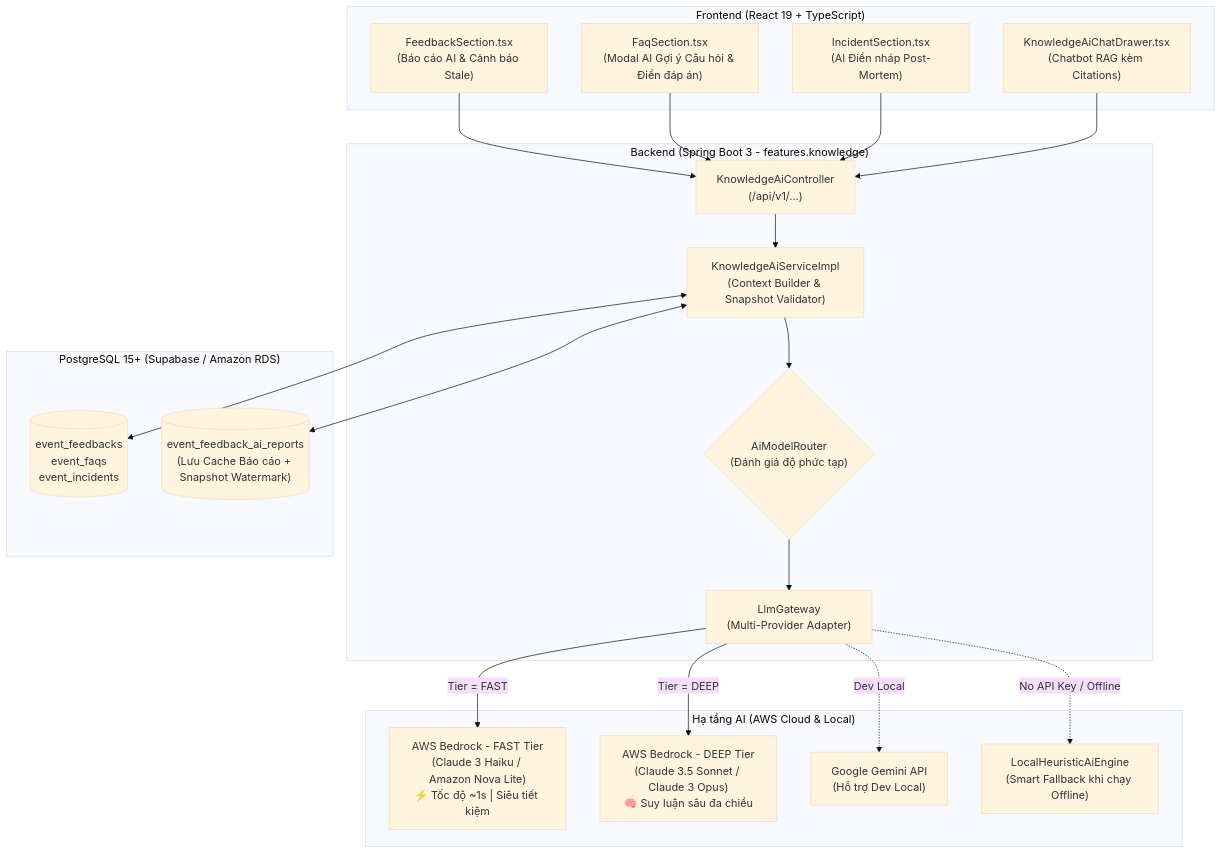
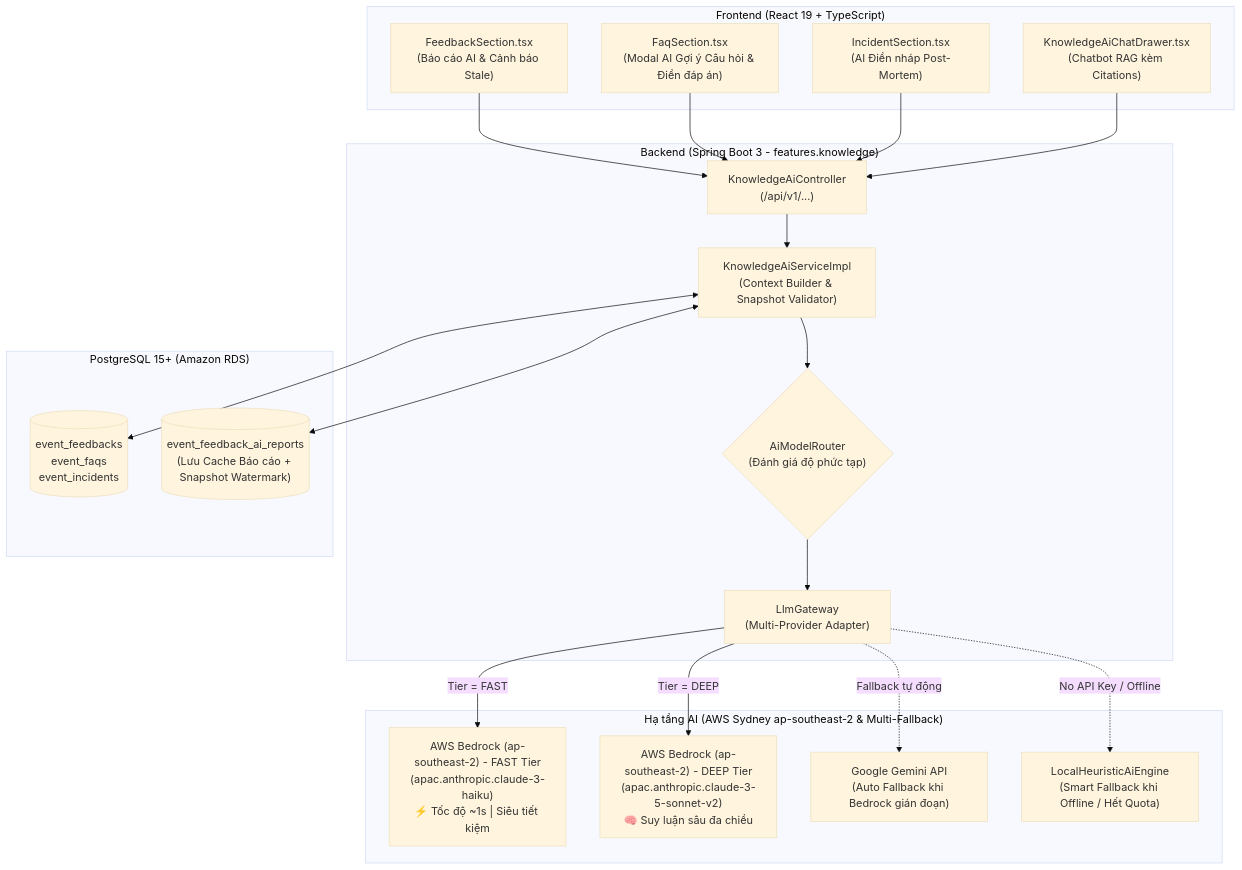
Before and after one commit to kazetani-SE/Project-F: the diagram in docs/AI_AGENT_ARCHITECTURE.md, drawn with Mermaid (base theme). The commit also changed other lines of this file and 6 other files, not shown here.

Commit message:
chore(aws): update Bedrock Sydney config and AWS architecture docs

````diff
--- a/docs/AI_AGENT_ARCHITECTURE.md
+++ b/docs/AI_AGENT_ARCHITECTURE.md
@@ -30,39 +30,39 @@
 ```mermaid
 flowchart TB
     subgraph Client["Frontend (React 19 + TypeScript)"]
         FB_UI["FeedbackSection.tsx\n(Báo cáo AI & Cảnh báo Stale)"]
         FAQ_UI["FaqSection.tsx\n(Modal AI Gợi ý Câu hỏi & Điền đáp án)"]
         INC_UI["IncidentSection.tsx\n(AI Điền nháp Post-Mortem)"]
         CHAT_UI["KnowledgeAiChatDrawer.tsx\n(Chatbot RAG kèm Citations)"]
     end
 
     subgraph Backend["Backend (Spring Boot 3 - features.knowledge)"]
         CTRL["KnowledgeAiController\n(/api/v1/...)"]
         SVC["KnowledgeAiServiceImpl\n(Context Builder & Snapshot Validator)"]
         ROUTER{"AiModelRouter\n(Đánh giá độ phức tạp)"}
         GW["LlmGateway\n(Multi-Provider Adapter)"]
     end
 
-    subgraph Providers["Hạ tầng AI (AWS Cloud & Local)"]
-        BEDROCK_FAST["AWS Bedrock - FAST Tier\n(Claude 3 Haiku / Amazon Nova Lite)\n⚡ Tốc độ ~1s | Siêu tiết kiệm"]
-        BEDROCK_DEEP["AWS Bedrock - DEEP Tier\n(Claude 3.5 Sonnet / Claude 3 Opus)\n🧠 Suy luận sâu đa chiều"]
-        GEMINI["Google Gemini API\n(Hỗ trợ Dev Local)"]
-        FALLBACK["LocalHeuristicAiEngine\n(Smart Fallback khi chạy Offline)"]
+    subgraph Providers["Hạ tầng AI (AWS Sydney ap-southeast-2 & Multi-Fallback)"]
+        BEDROCK_FAST["AWS Bedrock (ap-southeast-2) - FAST Tier\n(apac.anthropic.claude-3-haiku)\n⚡ Tốc độ ~1s | Siêu tiết kiệm"]
+        BEDROCK_DEEP["AWS Bedrock (ap-southeast-2) - DEEP Tier\n(apac.anthropic.claude-3-5-sonnet-v2)\n🧠 Suy luận sâu đa chiều"]
+        GEMINI["Google Gemini API\n(Auto Fallback khi Bedrock gián đoạn)"]
+        FALLBACK["LocalHeuristicAiEngine\n(Smart Fallback khi Offline / Hết Quota)"]
     end
 
-    subgraph DB["PostgreSQL 15+ (Supabase / Amazon RDS)"]
+    subgraph DB["PostgreSQL 15+ (Amazon RDS)"]
         TBL_DATA[("event_feedbacks\nevent_faqs\nevent_incidents")]
         TBL_REPORT[("event_feedback_ai_reports\n(Lưu Cache Báo cáo + Snapshot Watermark)")]
     end
 
     FB_UI & FAQ_UI & INC_UI & CHAT_UI --> CTRL
     CTRL --> SVC
     SVC <--> TBL_DATA
     SVC <--> TBL_REPORT
     SVC --> ROUTER
     ROUTER --> GW
     GW -- "Tier = FAST" --> BEDROCK_FAST
     GW -- "Tier = DEEP" --> BEDROCK_DEEP
-    GW -. "Dev Local" .-> GEMINI
+    GW -. "Fallback tự động" .-> GEMINI
     GW -. "No API Key / Offline" .-> FALLBACK
 ```
````
